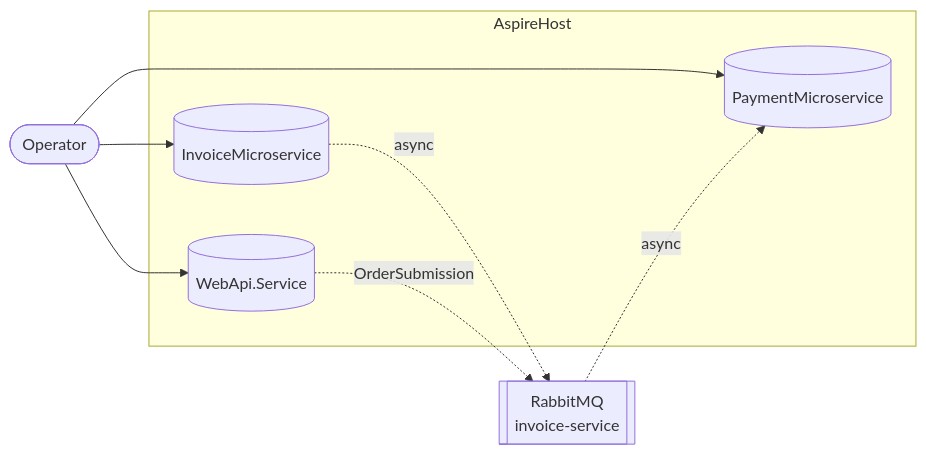
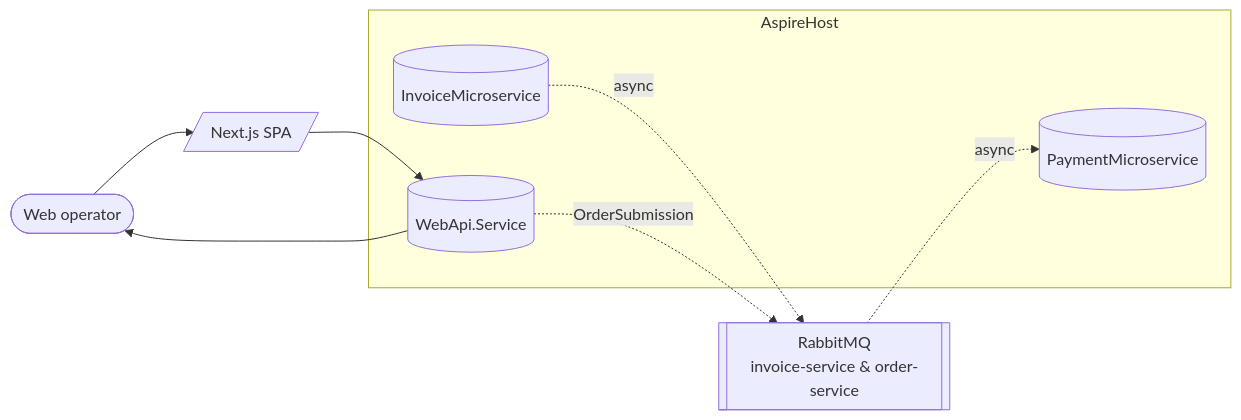
One commit to DragceSU/AspireProject changed the second of 3 diagrams in README.md. Above: the diagram before and after it, drawn with Mermaid. The commit also changed other lines of this file, not shown here.

````diff
--- a/README.md
+++ b/README.md
@@ -43,17 +48,18 @@
 ```mermaid
 flowchart LR
-    operator([Operator])
+    user([Web operator])
+    spa[/Next.js SPA/]
     subgraph AspireHost
         api[(WebApi.Service)]
         invoice[(InvoiceMicroservice)]
         payment[(PaymentMicroservice)]
     end
-    bus[[RabbitMQ<br/>invoice-service]]
+    bus[[RabbitMQ<br/>invoice-service & order-service]]
 
-    operator --> api
-    operator --> invoice
-    operator --> payment
+    user --> spa
+    spa --> api
+    api --> user
     invoice -. async .-> bus
     bus -. async .-> payment
     api -. OrderSubmission .-> bus
 ```
````
